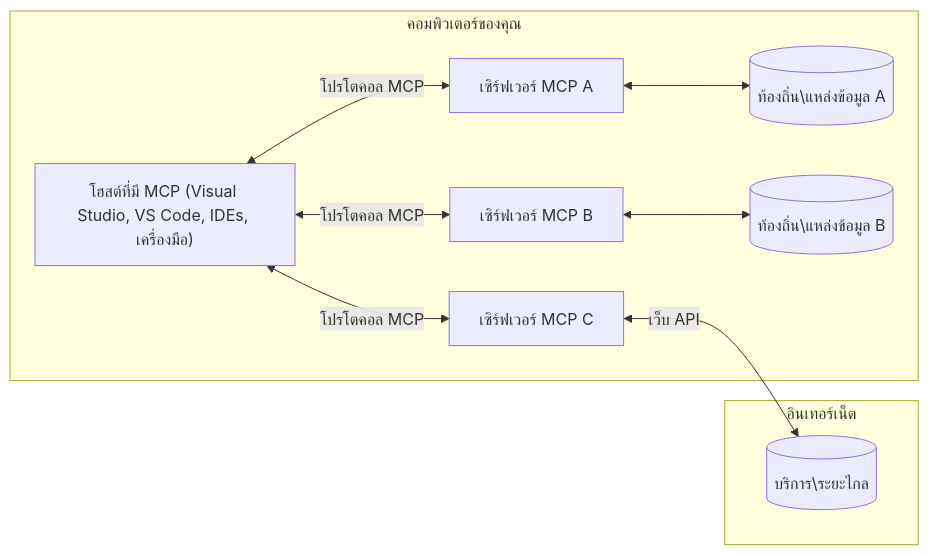
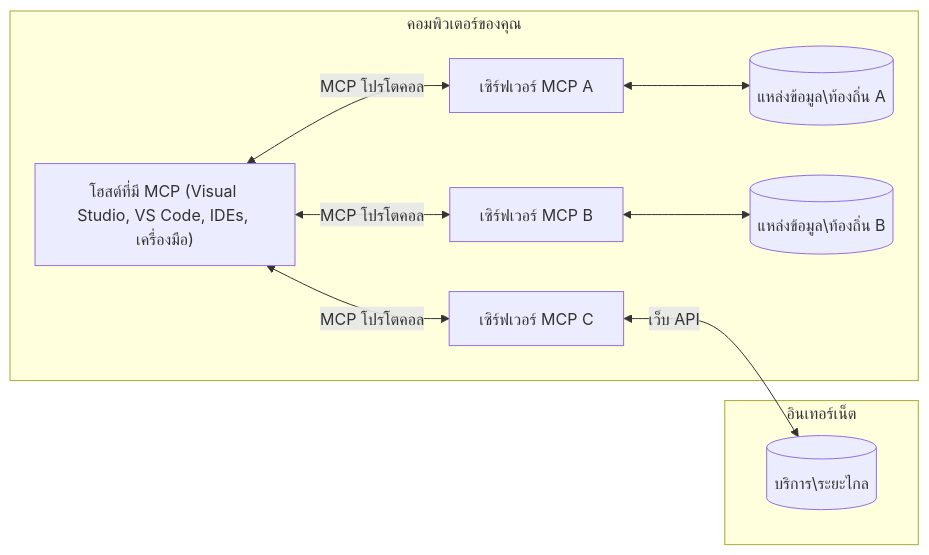
One commit to Mu-L/mcp-for-beginners changed the diagram in translations/th/01-CoreConcepts/README.md. Above: the diagram before and after it, drawn with Mermaid. The commit also changed other lines of this file and 5 other files, not shown here.

````diff
--- a/translations/th/01-CoreConcepts/README.md
+++ b/translations/th/01-CoreConcepts/README.md
@@ -45,17 +42,17 @@
 ```mermaid
 flowchart LR
     subgraph "คอมพิวเตอร์ของคุณ"
         Host["โฮสต์ที่มี MCP (Visual Studio, VS Code, IDEs, เครื่องมือ)"]
         S1["เซิร์ฟเวอร์ MCP A"]
         S2["เซิร์ฟเวอร์ MCP B"]
         S3["เซิร์ฟเวอร์ MCP C"]
-        Host <-->|"โปรโตคอล MCP"| S1
-        Host <-->|"โปรโตคอล MCP"| S2
-        Host <-->|"โปรโตคอล MCP"| S3
-        S1 <--> D1[("ท้องถิ่น\แหล่งข้อมูล A")]
-        S2 <--> D2[("ท้องถิ่น\แหล่งข้อมูล B")]
+        Host <-->|"MCP โปรโตคอล"| S1
+        Host <-->|"MCP โปรโตคอล"| S2
+        Host <-->|"MCP โปรโตคอล"| S3
+        S1 <--> D1[("แหล่งข้อมูล\ท้องถิ่น A")]
+        S2 <--> D2[("แหล่งข้อมูล\ท้องถิ่น B")]
     end
     subgraph "อินเทอร์เน็ต"
         S3 <-->|"เว็บ API"| D3[("บริการ\ระยะไกล")]
     end
-```  
+```
````
